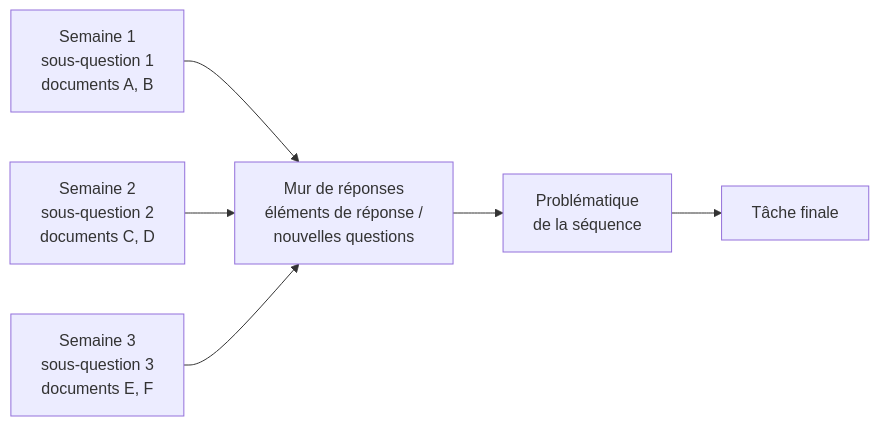
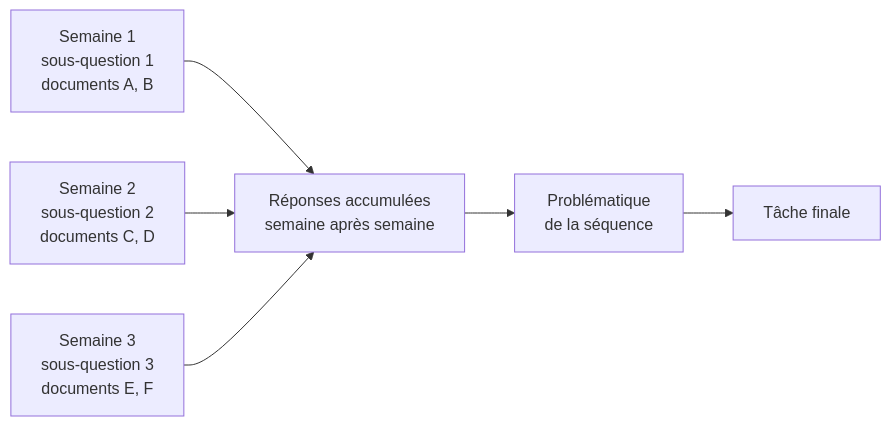
Before and after one commit to JEDI-OpenLab/remediation-ia-addie: the second of 2 diagrams in 02-design.md, drawn with Mermaid. The commit also changed other lines of this file and 10 other files, not shown here.

````diff
--- a/02-design.md
+++ b/02-design.md
@@ -48,8 +48,8 @@
 ```mermaid
 flowchart LR
-    S1["Semaine 1<br/>sous-question 1<br/>documents A, B"] --> M["Mur de réponses<br/>éléments de réponse /<br/>nouvelles questions"]
+    S1["Semaine 1<br/>sous-question 1<br/>documents A, B"] --> M["Réponses accumulées<br/>semaine après semaine"]
     S2["Semaine 2<br/>sous-question 2<br/>documents C, D"] --> M
     S3["Semaine 3<br/>sous-question 3<br/>documents E, F"] --> M
     M --> Q["Problématique<br/>de la séquence"]
     Q --> TF["Tâche finale"]
 ```
````
